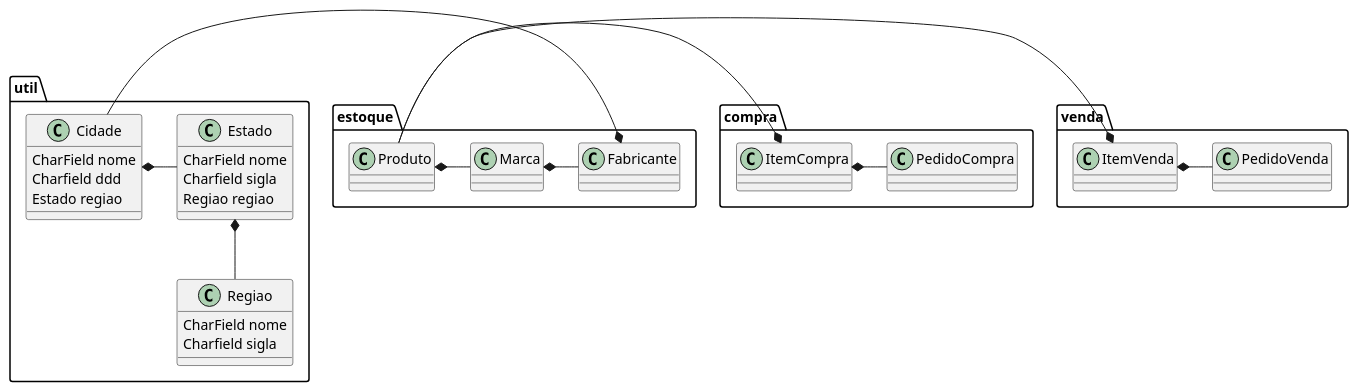
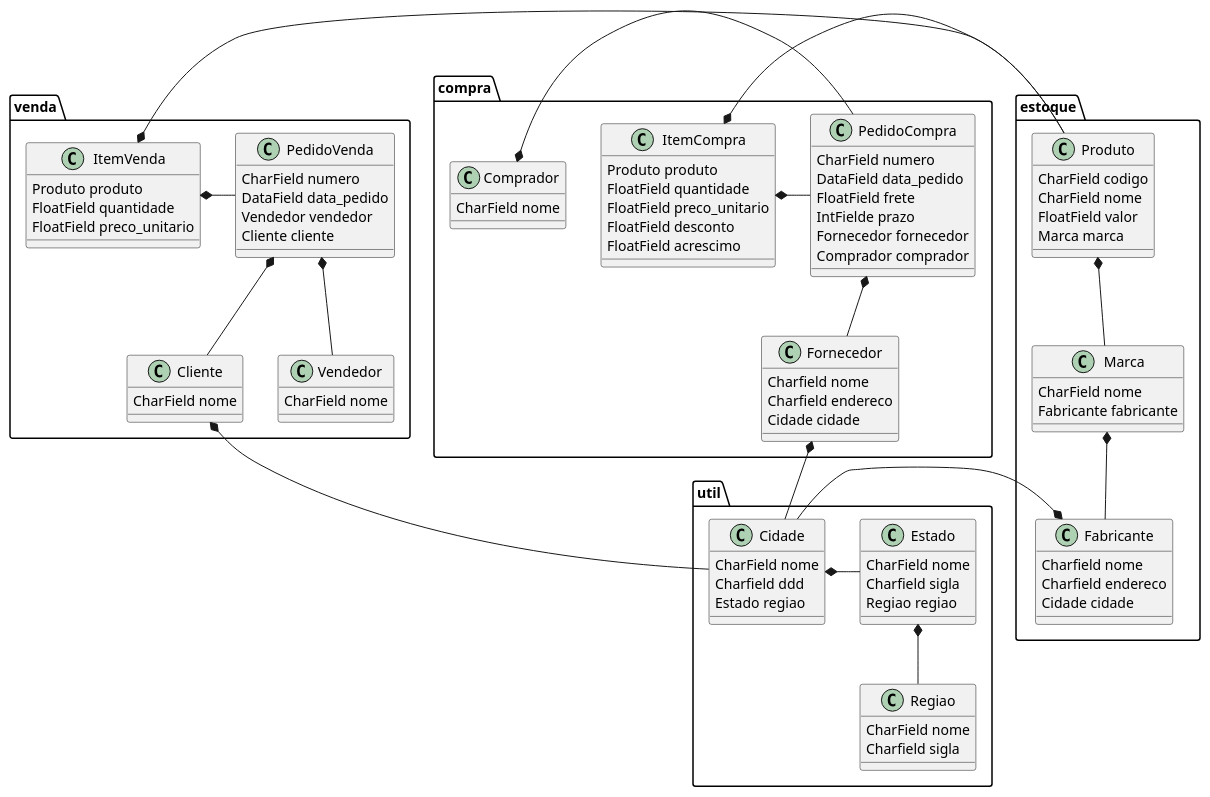
One commit to ivaneyvieira/erp changed the diagram in modelo.plantuml. Above: the diagram before and after it, drawn with PlantUML. The commit also changed 2 other files, not shown here.

```diff
--- a/modelo.plantuml
+++ b/modelo.plantuml
@@ -1,49 +1,111 @@
 @startuml
 package util {
     class Regiao {
         CharField nome
         Charfield sigla
     }
 
     class Estado {
         CharField nome
         Charfield sigla
         Regiao regiao
     }
 
     class Cidade {
         CharField nome
         Charfield ddd
         Estado regiao
     }
 
     Estado  *-- Regiao
     Cidade  *- Estado 
 }
 
 package estoque {
-    class Produto
-    class Marca
-    class Fabricante
+    class Produto{
+        CharField codigo
+        CharField nome
+        FloatField valor
+        Marca marca
+    }
+
+    class Marca{
+        CharField nome
+        Fabricante fabricante
+    }
+
+    class Fabricante{
+        Charfield nome
+        Charfield endereco
+        Cidade cidade
+    }
     
-    Produto *- Marca  
-    Marca *- Fabricante
+    Produto *-- Marca  
+    Marca *-- Fabricante
     Fabricante *- Cidade
 }
 
 package compra {
-    class PedidoCompra
-    class ItemCompra
+    class PedidoCompra{
+        CharField numero
+        DataField data_pedido
+        FloatField frete
+        IntFielde prazo
+        Fornecedor fornecedor
+        Comprador comprador 
+    }
+
+    class ItemCompra{
+        Produto produto
+        FloatField quantidade
+        FloatField preco_unitario
+        FloatField desconto
+        FloatField acrescimo
+    }
+
+    class Fornecedor{
+        Charfield nome
+        Charfield endereco
+        Cidade cidade        
+    }
+
+    class Comprador{
+        CharField nome
+    }
 
     ItemCompra *- PedidoCompra
     ItemCompra *- Produto
+    PedidoCompra *-- Fornecedor
+    Fornecedor *-- Cidade
+    Comprador *- PedidoCompra
 }
 
 package venda {
-    class PedidoVenda
-    class ItemVenda
+    class PedidoVenda{
+        CharField numero
+        DataField data_pedido
+        Vendedor vendedor
+        Cliente cliente
+    }
+
+    class ItemVenda{
+        Produto produto
+        FloatField quantidade
+        FloatField preco_unitario
+    }
+
+    class Cliente{
+        CharField nome
+    }
+
+    class Vendedor{
+        CharField nome
+    }
 
     ItemVenda *- PedidoVenda
     ItemVenda *- Produto
+    PedidoVenda *-- Cliente
+    PedidoVenda *-- Vendedor
+    Cliente *- Cidade
 }
 @enduml
```
